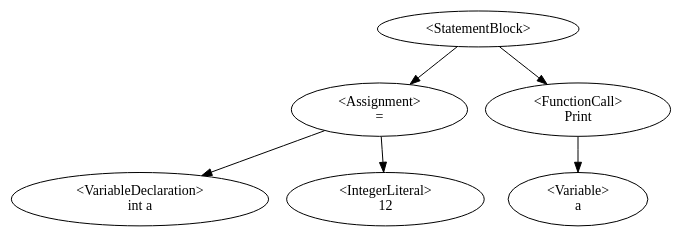
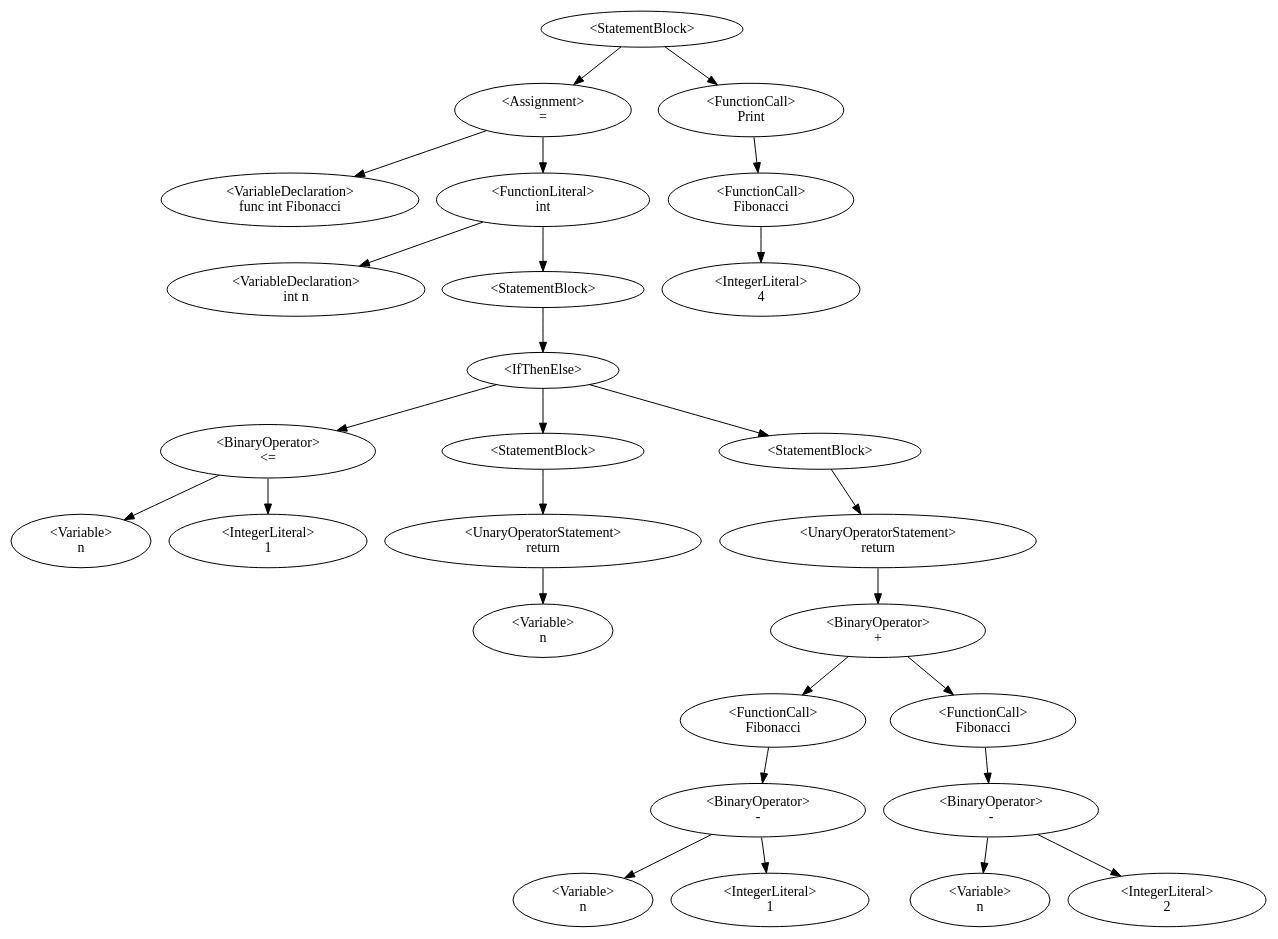
Before and after one commit to QazmoQwerty/dino: the diagram in Dino/Dino/AstDisplay.gv, drawn with Graphviz. The commit also changed 2 other files, not shown here.

Commit message:
added support interpreting of function declarations

```diff
--- a/Dino/Dino/AstDisplay.gv
+++ b/Dino/Dino/AstDisplay.gv
@@ -1,8 +1,30 @@
 digraph G {
-0 [label="<StatementBlock>"];0->2;0->5;
+0 [label="<StatementBlock>"];0->2;0->27;
 2 [label="<Assignment>\n="];2->1;2->3;
-1 [label="<VariableDeclaration>\nint a"];
-3 [label="<IntegerLiteral>\n12"];
-5 [label="<FunctionCall>\nPrint"];5->6;
-6 [label="<Variable>\na"];
+1 [label="<VariableDeclaration>\nfunc int Fibonacci"];
+3 [label="<FunctionLiteral>
+int"];3->4;3->5;
+4 [label="<VariableDeclaration>\nint n"];
+5 [label="<StatementBlock>"];5->6;
+6 [label="<IfThenElse>"];6->8;6->10;6->13;
+8 [label="<BinaryOperator>\n<="];8->7;8->9;
+7 [label="<Variable>\nn"];
+9 [label="<IntegerLiteral>\n1"];
+10 [label="<StatementBlock>"];10->11;
+11 [label="<UnaryOperatorStatement>\nreturn"];11->12;
+12 [label="<Variable>\nn"];
+13 [label="<StatementBlock>"];13->14;
+14 [label="<UnaryOperatorStatement>\nreturn"];14->20;
+20 [label="<BinaryOperator>\n+"];20->16;20->22;
+16 [label="<FunctionCall>\nFibonacci"];16->18;
+18 [label="<BinaryOperator>\n-"];18->17;18->19;
+17 [label="<Variable>\nn"];
+19 [label="<IntegerLiteral>\n1"];
+22 [label="<FunctionCall>\nFibonacci"];22->24;
+24 [label="<BinaryOperator>\n-"];24->23;24->25;
+23 [label="<Variable>\nn"];
+25 [label="<IntegerLiteral>\n2"];
+27 [label="<FunctionCall>\nPrint"];27->29;
+29 [label="<FunctionCall>\nFibonacci"];29->30;
+30 [label="<IntegerLiteral>\n4"];
 }
```
